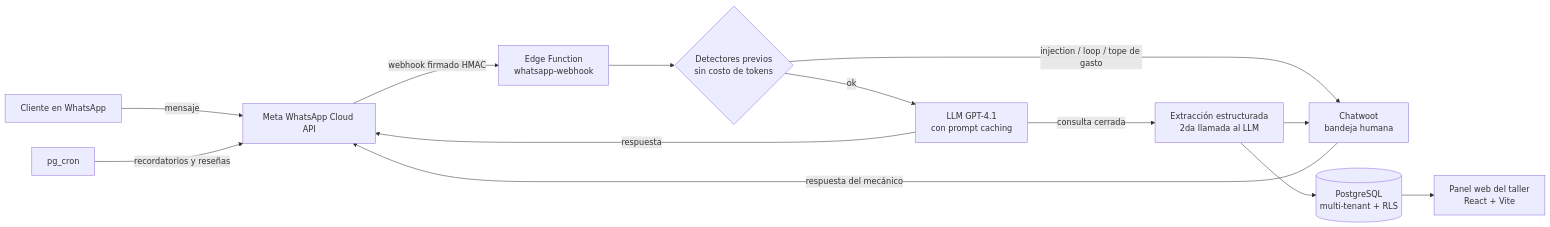
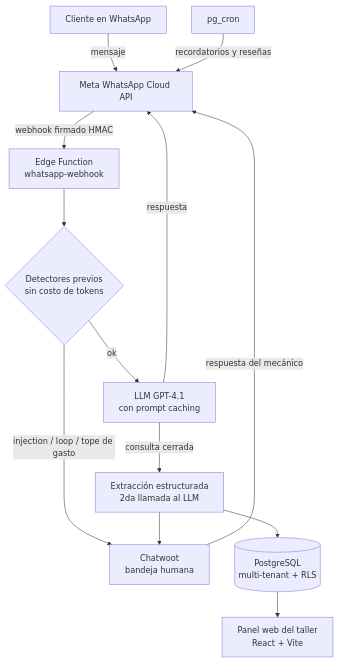
The diagram in README.md (torrelisandro/holy-whatsapp-bot), drawn with Mermaid before and after one commit.

````diff
--- a/README.md
+++ b/README.md
@@ -17,15 +17,15 @@
 ```mermaid
-flowchart LR
+flowchart TD
     C[Cliente en WhatsApp] -->|mensaje| M[Meta WhatsApp Cloud API]
     M -->|webhook firmado HMAC| W[Edge Function<br/>whatsapp-webhook]
     W --> D{Detectores previos<br/>sin costo de tokens}
     D -->|ok| L[LLM GPT-4.1<br/>con prompt caching]
     D -->|injection / loop / tope de gasto| H
     L -->|respuesta| M
     L -->|consulta cerrada| X[Extracción estructurada<br/>2da llamada al LLM]
     X --> DB[(PostgreSQL<br/>multi-tenant + RLS)]
     X --> H[Chatwoot<br/>bandeja humana]
     H -->|respuesta del mecánico| M
     DB --> P[Panel web del taller<br/>React + Vite]
     CR[pg_cron] -->|recordatorios y reseñas| M
 ```
````
